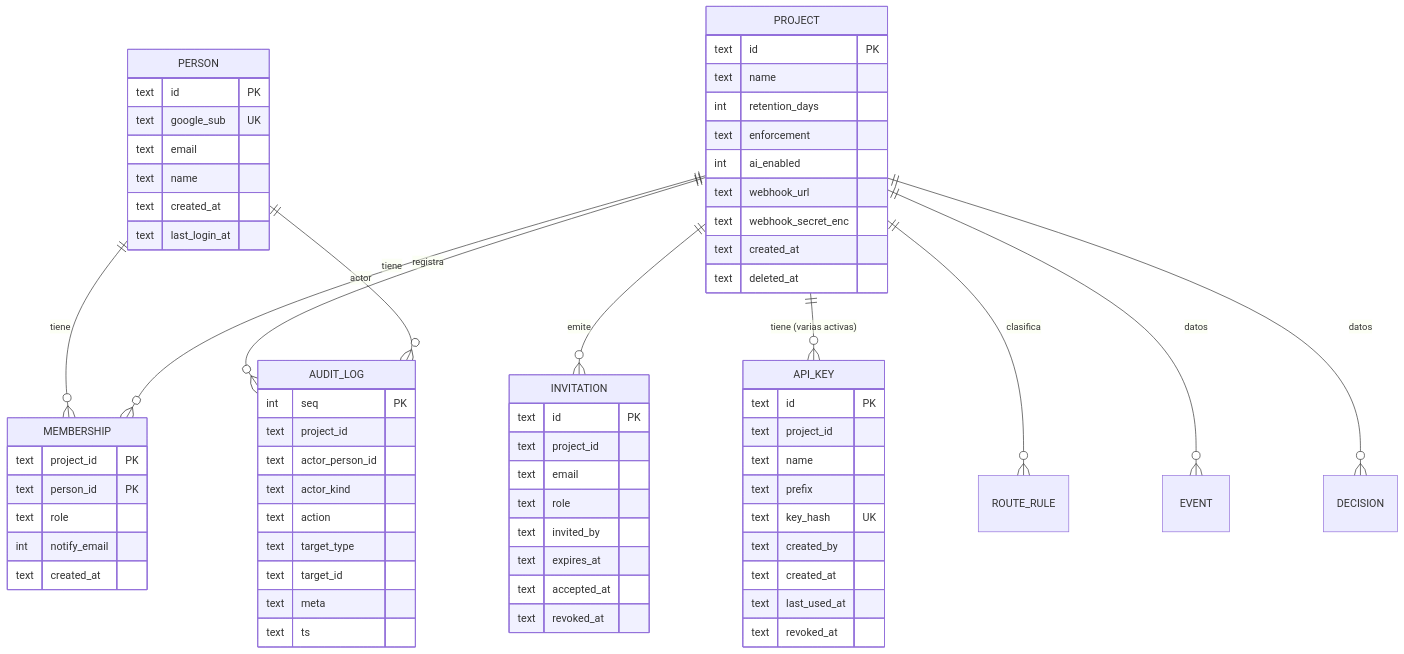
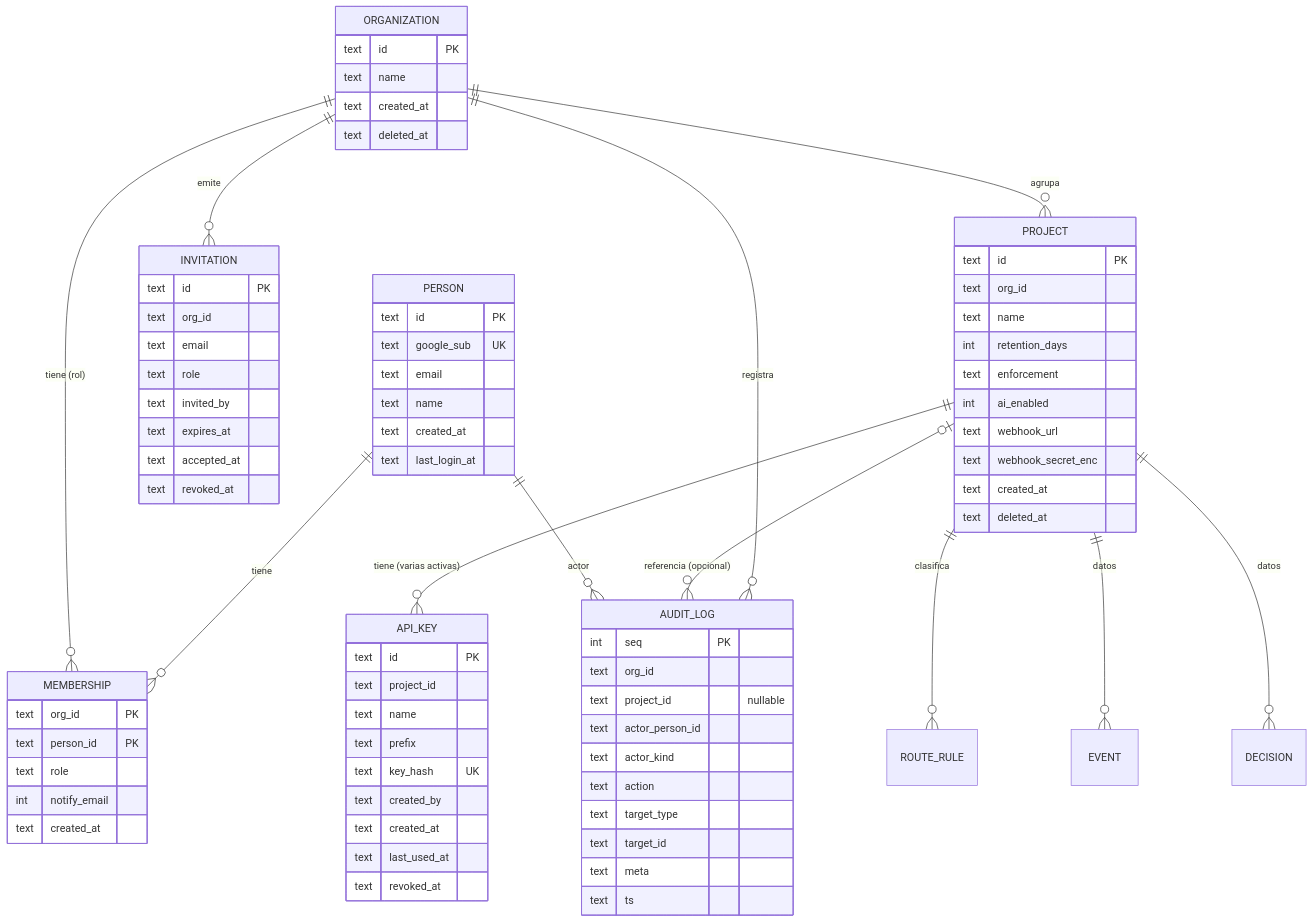
The diagram in docs/DISENO-PRODUCTO.md (Juanalv1/veridian), drawn with Mermaid before and after one commit. The commit also changed other lines of this file, not shown here.

````diff
--- a/docs/DISENO-PRODUCTO.md
+++ b/docs/DISENO-PRODUCTO.md
@@ -26,59 +36,67 @@
 ```mermaid
 erDiagram
     PERSON ||--o{ MEMBERSHIP : "tiene"
-    PROJECT ||--o{ MEMBERSHIP : "tiene"
-    PROJECT ||--o{ INVITATION : "emite"
+    ORGANIZATION ||--o{ MEMBERSHIP : "tiene (rol)"
+    ORGANIZATION ||--o{ INVITATION : "emite"
+    ORGANIZATION ||--o{ PROJECT : "agrupa"
+    ORGANIZATION ||--o{ AUDIT_LOG : "registra"
     PROJECT ||--o{ API_KEY : "tiene (varias activas)"
-    PROJECT ||--o{ AUDIT_LOG : "registra"
+    PROJECT |o--o{ AUDIT_LOG : "referencia (opcional)"
     PERSON ||--o{ AUDIT_LOG : "actor"
     PROJECT ||--o{ ROUTE_RULE : "clasifica"
     PROJECT ||--o{ EVENT : "datos"
     PROJECT ||--o{ DECISION : "datos"
 
     PERSON { text id PK
              text google_sub UK
              text email
              text name
              text created_at
              text last_login_at }
+    ORGANIZATION { text id PK
+                   text name
+                   text created_at
+                   text deleted_at }
     PROJECT { text id PK
+              text org_id
               text name
               int retention_days
               text enforcement
               int ai_enabled
               text webhook_url
               text webhook_secret_enc
               text created_at
               text deleted_at }
-    MEMBERSHIP { text project_id PK
+    MEMBERSHIP { text org_id PK
                  text person_id PK
                  text role
                  int notify_email
                  text created_at }
     INVITATION { text id PK
-                 text project_id
+                 text org_id
                  text email
                  text role
                  text invited_by
                  text expires_at
                  text accepted_at
                  text revoked_at }
     API_KEY { text id PK
               text project_id
               text name
               text prefix
               text key_hash UK
               text created_by
               text created_at
               text last_used_at
               text revoked_at }
     AUDIT_LOG { int seq PK
-                text project_id
+                text org_id
+                text project_id "nullable"
                 text actor_person_id
                 text actor_kind
                 text action
                 text target_type
                 text target_id
                 text meta
                 text ts }
 ```
````
